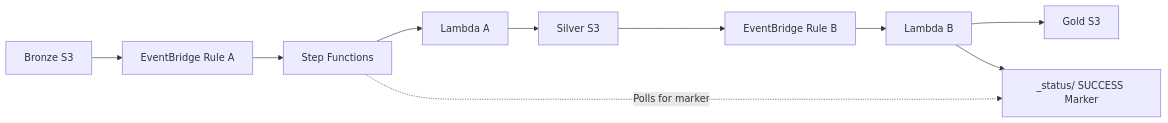
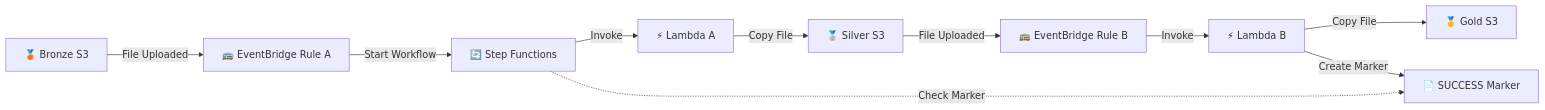
Before and after one commit to Kshitijavir/aws-pipelines-september-2026: the diagram in 14) s3 bronze to silver to gold/01) README.md, drawn with Mermaid. The commit also changed other lines of this file, not shown here.

````diff
--- a/14) s3 bronze to silver to gold/01) README.md
+++ b/14) s3 bronze to silver to gold/01) README.md
@@ -39,12 +100,23 @@
 ```mermaid
 flowchart LR
-    A["Bronze S3"] --> B["EventBridge Rule A"]
-    B --> C["Step Functions"]
-    C --> D["Lambda A"]
-    D --> E["Silver S3"]
-    E --> F["EventBridge Rule B"]
-    F --> G["Lambda B"]
-    G --> H["Gold S3"]
-    G --> I["_status/ SUCCESS Marker"]
-    C -.->|Polls for marker| I
+
+    A["🥉 Bronze S3"] 
+    B["🚌 EventBridge Rule A"]
+    C["🔄 Step Functions"]
+    D["⚡ Lambda A"]
+    E["🥈 Silver S3"]
+    F["🚌 EventBridge Rule B"]
+    G["⚡ Lambda B"]
+    H["🥇 Gold S3"]
+    I["📄 SUCCESS Marker"]
+
+    A -->|File Uploaded| B
+    B -->|Start Workflow| C
+    C -->|Invoke| D
+    D -->|Copy File| E
+    E -->|File Uploaded| F
+    F -->|Invoke| G
+    G -->|Copy File| H
+    G -->|Create Marker| I
+    C -.->|Check Marker| I
 ```
````
